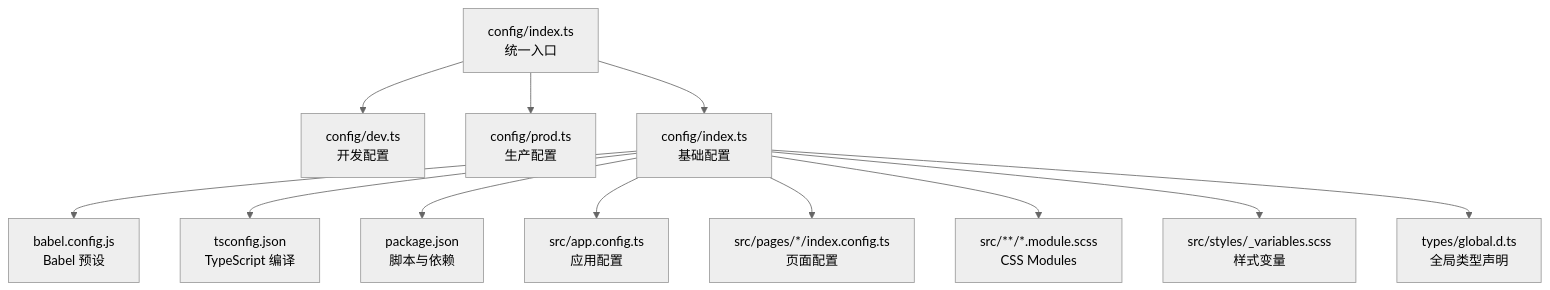
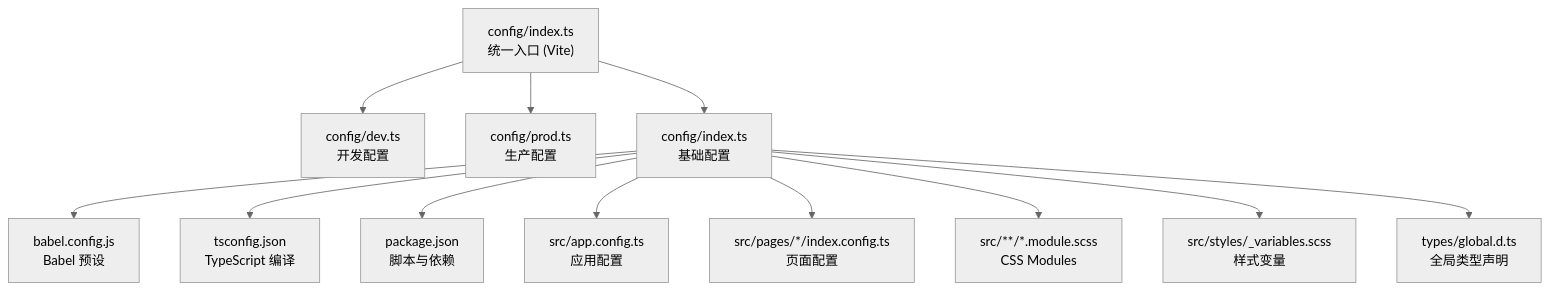
The first of 3 diagrams in .qoder/repowiki/zh/content/构建与部署/构建配置.md (zuolinbao/redbook), drawn with Mermaid (neutral theme) before and after one commit. The commit also changed other lines of this file and 23 other files, not shown here.

````diff
--- a/.qoder/repowiki/zh/content/构建与部署/构建配置.md
+++ b/.qoder/repowiki/zh/content/构建与部署/构建配置.md
@@ -46,14 +55,14 @@
 ```mermaid
 graph TB
-A["config/index.ts<br/>统一入口"] --> B["config/dev.ts<br/>开发配置"]
+A["config/index.ts<br/>统一入口 (Vite)"] --> B["config/dev.ts<br/>开发配置"]
 A --> C["config/prod.ts<br/>生产配置"]
 A --> D["config/index.ts<br/>基础配置"]
 D --> E["babel.config.js<br/>Babel 预设"]
 D --> F["tsconfig.json<br/>TypeScript 编译"]
 D --> G["package.json<br/>脚本与依赖"]
 D --> H["src/app.config.ts<br/>应用配置"]
 D --> I["src/pages/*/index.config.ts<br/>页面配置"]
 D --> J["src/**/*.module.scss<br/>CSS Modules"]
 D --> K["src/styles/_variables.scss<br/>样式变量"]
 D --> L["types/global.d.ts<br/>全局类型声明"]
 ```
````
